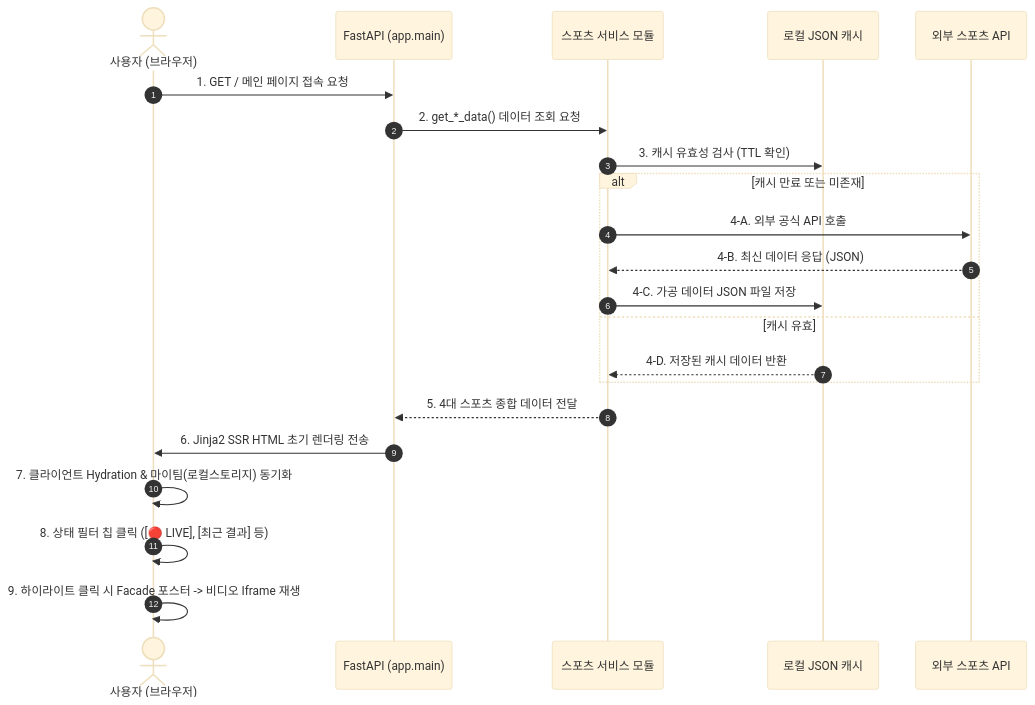
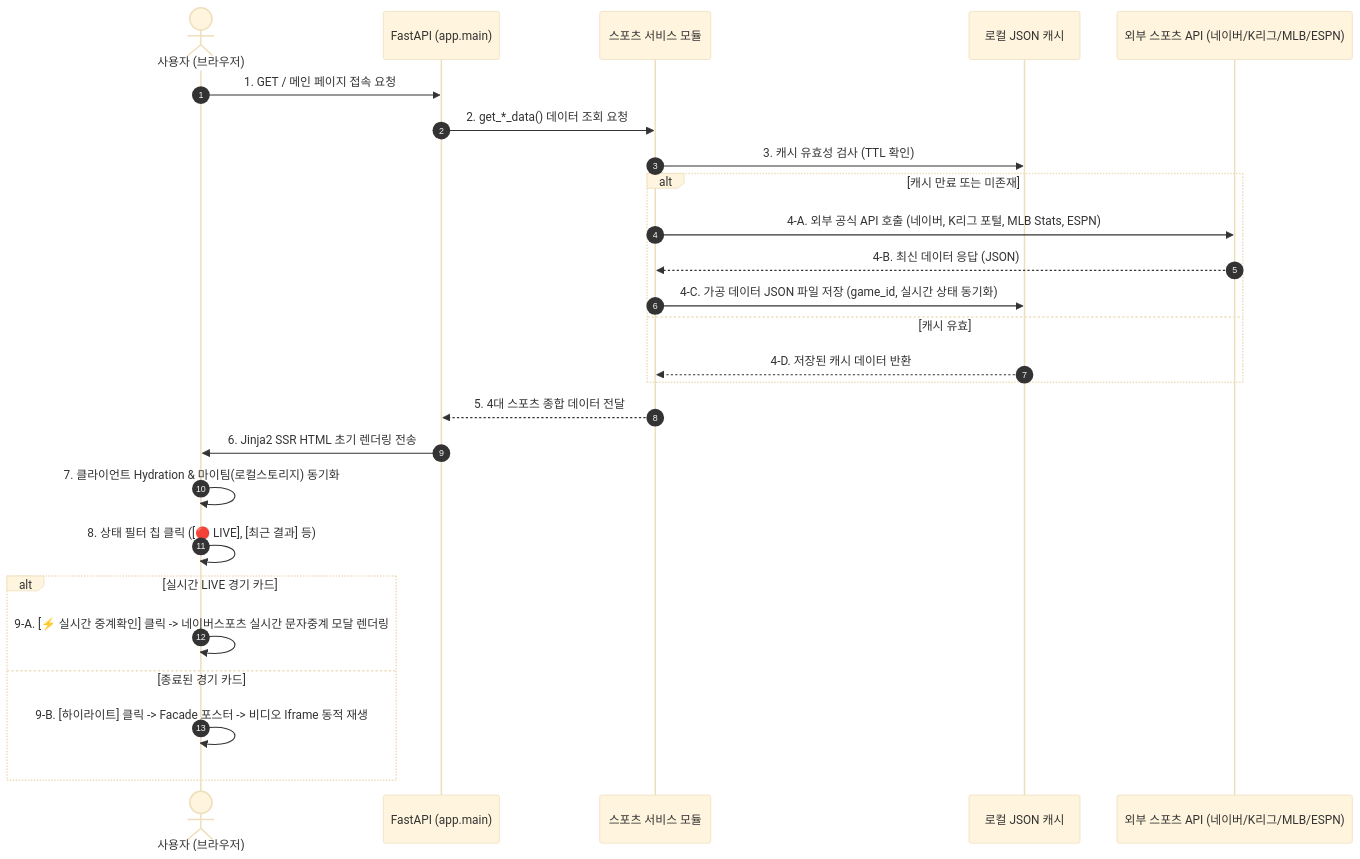
One commit to th0501park-tech/master2 changed the second of 2 diagrams in docs/PROGRAM_SPECIFICATION.md. Above: the diagram before and after it, drawn with Mermaid (base theme). The commit also changed other lines of this file and 7 other files, not shown here.

````diff
--- a/docs/PROGRAM_SPECIFICATION.md
+++ b/docs/PROGRAM_SPECIFICATION.md
@@ -85,25 +92,29 @@
 ```mermaid
 sequenceDiagram
     autonumber
     actor User as 사용자 (브라우저)
     participant Server as FastAPI (app.main)
     participant Service as 스포츠 서비스 모듈
     participant Cache as 로컬 JSON 캐시
-    participant External as 외부 스포츠 API
+    participant External as 외부 스포츠 API (네이버/K리그/MLB/ESPN)
 
     User->>Server: 1. GET / 메인 페이지 접속 요청
     Server->>Service: 2. get_*_data() 데이터 조회 요청
     Service->>Cache: 3. 캐시 유효성 검사 (TTL 확인)
     alt 캐시 만료 또는 미존재
-        Service->>External: 4-A. 외부 공식 API 호출
+        Service->>External: 4-A. 외부 공식 API 호출 (네이버, K리그 포털, MLB Stats, ESPN)
         External-->>Service: 4-B. 최신 데이터 응답 (JSON)
-        Service->>Cache: 4-C. 가공 데이터 JSON 파일 저장
+        Service->>Cache: 4-C. 가공 데이터 JSON 파일 저장 (game_id, 실시간 상태 동기화)
     else 캐시 유효
         Cache-->>Service: 4-D. 저장된 캐시 데이터 반환
     end
     Service-->>Server: 5. 4대 스포츠 종합 데이터 전달
     Server->>User: 6. Jinja2 SSR HTML 초기 렌더링 전송
     User->>User: 7. 클라이언트 Hydration & 마이팀(로컬스토리지) 동기화
     User->>User: 8. 상태 필터 칩 클릭 ([🔴 LIVE], [최근 결과] 등)
-    User->>User: 9. 하이라이트 클릭 시 Facade 포스터 -> 비디오 Iframe 재생
+    alt 실시간 LIVE 경기 카드
+        User->>User: 9-A. [⚡ 실시간 중계확인] 클릭 -> 네이버스포츠 실시간 문자중계 모달 렌더링
+    else 종료된 경기 카드
+        User->>User: 9-B. [하이라이트] 클릭 -> Facade 포스터 -> 비디오 Iframe 동적 재생
+    end
 ```
````
